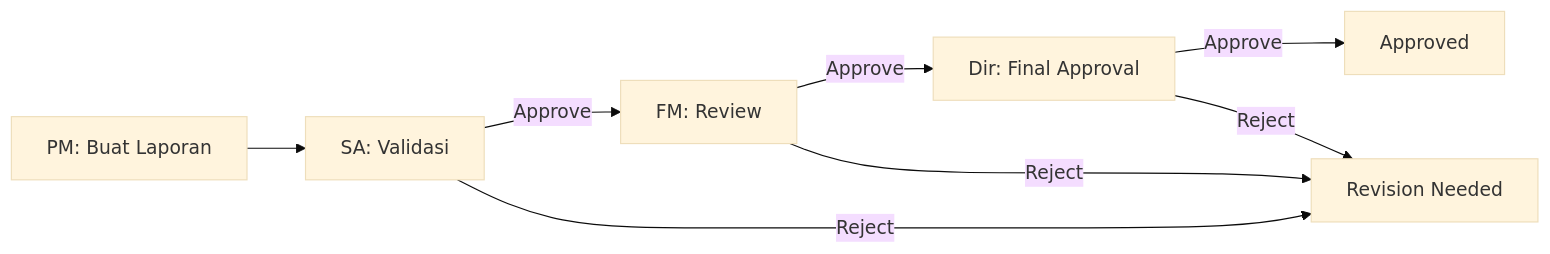
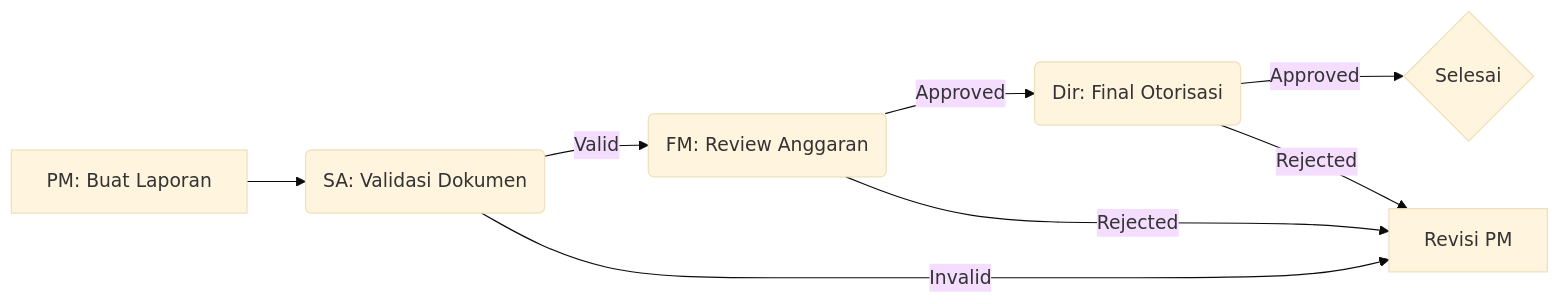
One commit to lutfi238/prcf_keuangan changed the second of 2 diagrams in README.md. Above: the diagram before and after it, drawn with Mermaid (base theme). The commit also changed other lines of this file and 2 other files, not shown here.

````diff
--- a/README.md
+++ b/README.md
@@ -398,10 +72,10 @@
 ```mermaid
 graph LR
-    A[PM: Buat Laporan] --> B[SA: Validasi]
-    B -->|Approve| C[FM: Review]
-    B -->|Reject| D[Revision Needed]
-    C -->|Approve| E[Dir: Final Approval]
-    C -->|Reject| D
-    E -->|Approve| F[Approved]
-    E -->|Reject| D
+    A[PM: Buat Laporan] --> B(SA: Validasi Dokumen)
+    B -->|Valid| C(FM: Review Anggaran)
+    B -->|Invalid| D[Revisi PM]
+    C -->|Approved| E(Dir: Final Otorisasi)
+    C -->|Rejected| D
+    E -->|Approved| F{Selesai}
+    E -->|Rejected| D
 ```
````
